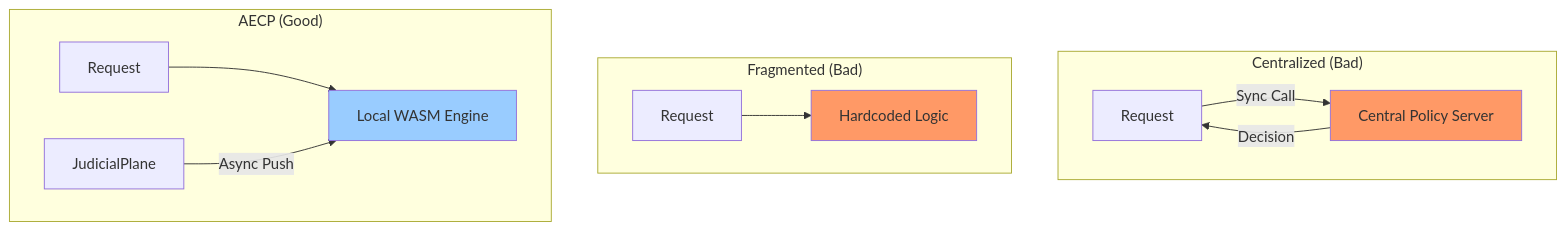
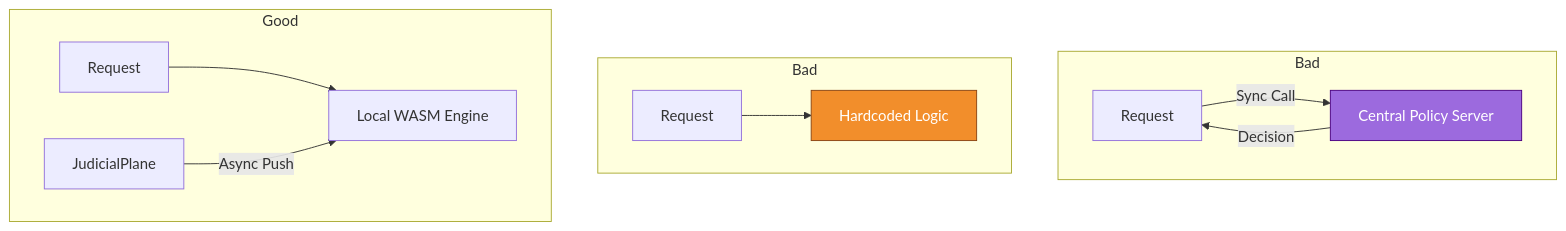
Before and after one commit to gchaitanyabharath9/omnigcloud: the eighth of 11 diagrams in src/app/[locale]/research/papers/aecp/AECP-FULL.md, drawn with Mermaid. The commit also changed other lines of this file and 40 other files, not shown here.

````diff
--- a/src/app/[locale]/research/papers/aecp/AECP-FULL.md
+++ b/src/app/[locale]/research/papers/aecp/AECP-FULL.md
@@ -516,19 +575,23 @@
 ```mermaid
 graph TD
-    subgraph "Centralized (Bad)"
-        Req1[Request] -->|Sync Call| PolicyServer[Central Policy Server]
-        PolicyServer -->|Decision| Req1
-        style PolicyServer fill:#f96
+    classDef Control fill:#4E79A7,stroke:#2C3E50,color:#fff;
+    classDef Data fill:#59A14F,stroke:#274E13,color:#fff;
+    classDef Policy fill:#9C6ADE,stroke:#4B0082,color:#fff;
+    classDef Obs fill:#F28E2B,stroke:#8B4513,color:#fff;
+    classDef Risk fill:#E15759,stroke:#7B241C,color:#fff;
+    classDef State fill:#76B7B2,stroke:#0E6251,color:#fff;
+    classDef Actor fill:#BAB0AC,stroke:#515A5A,color:#000;
+    subgraph Centralized ["Bad"]
+    Req1["Request"] -->|Sync Call| PolicyServer["Central Policy Server"]
+    PolicyServer -->|Decision| Req1
     end
-    
-    subgraph "Fragmented (Bad)"
-        Req2[Request] --> AppLogic[Hardcoded Logic]
-        style AppLogic fill:#f96
+    subgraph Fragmented ["Bad"]
+    Req2["Request"] --> AppLogic["Hardcoded Logic"]
     end
-    
-    subgraph "AECP (Good)"
-        Req3[Request] --> LocalEngine[Local WASM Engine]
-        JudicialPlane -->|Async Push| LocalEngine
-        style LocalEngine fill:#9cf
+    subgraph AECP ["Good"]
+    Req3["Request"] --> LocalEngine["Local WASM Engine"]
+    JudicialPlane -->|Async Push| LocalEngine
     end
+    class PolicyServer Policy;
+    class AppLogic Obs;
 ```
````
